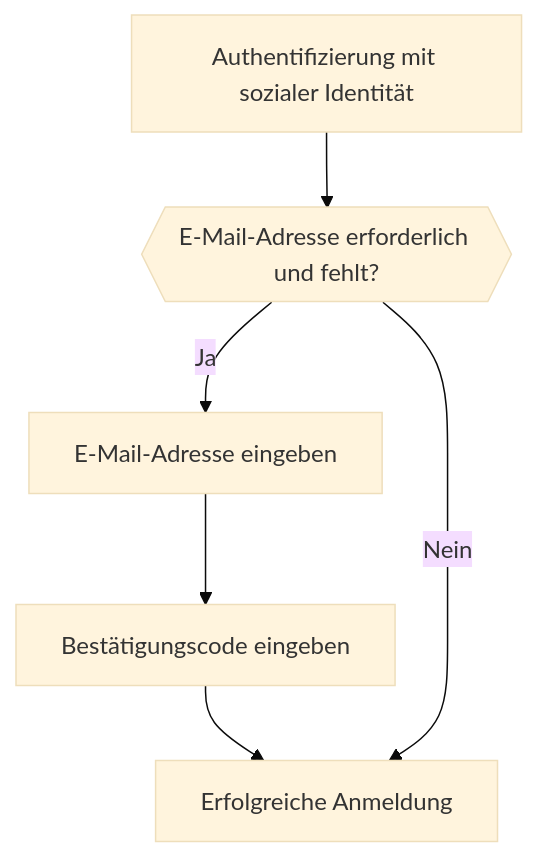
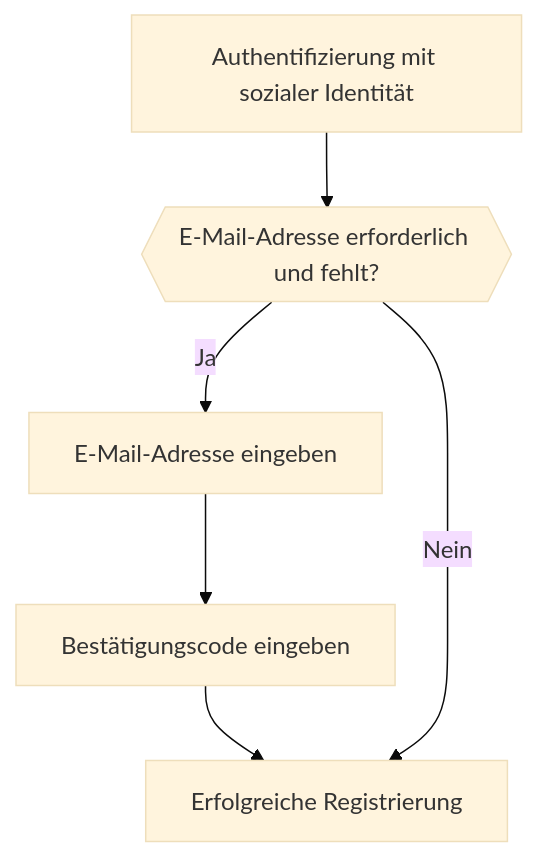
The fourth of 5 diagrams in i18n/de/docusaurus-plugin-content-docs/current/end-user-flows/sign-up-and-sign-in/social-sign-in.mdx (logto-io/docs), drawn with Mermaid (base theme) before and after one commit. The commit also changed other lines of this file and 2629 other files, not shown here.

````diff
--- a/i18n/de/docusaurus-plugin-content-docs/current/end-user-flows/sign-up-and-sign-in/social-sign-in.mdx
+++ b/i18n/de/docusaurus-plugin-content-docs/current/end-user-flows/sign-up-and-sign-in/social-sign-in.mdx
@@ -136,8 +142,8 @@
    ```mermaid
    flowchart TD
       A[Authentifizierung mit sozialer Identität] --> B{{E-Mail-Adresse erforderlich und fehlt?}}
       B -- Ja --> C[E-Mail-Adresse eingeben]
       C --> D[Bestätigungscode eingeben]
-      D --> E[Erfolgreiche Anmeldung]
+      D --> E[Erfolgreiche Registrierung]
       B -- Nein --> E
    ```
````
